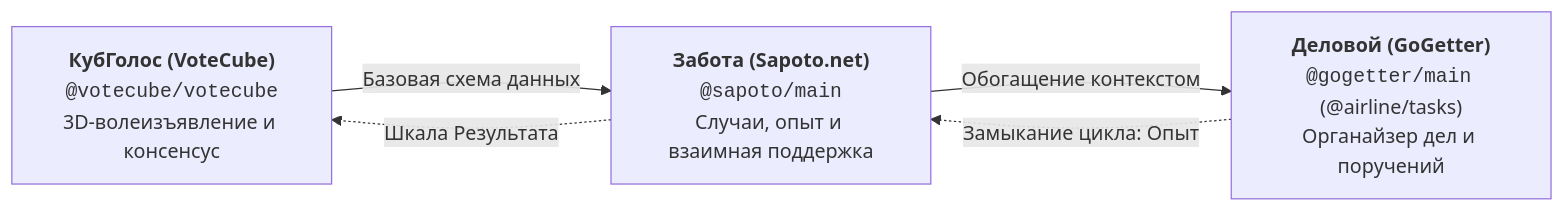
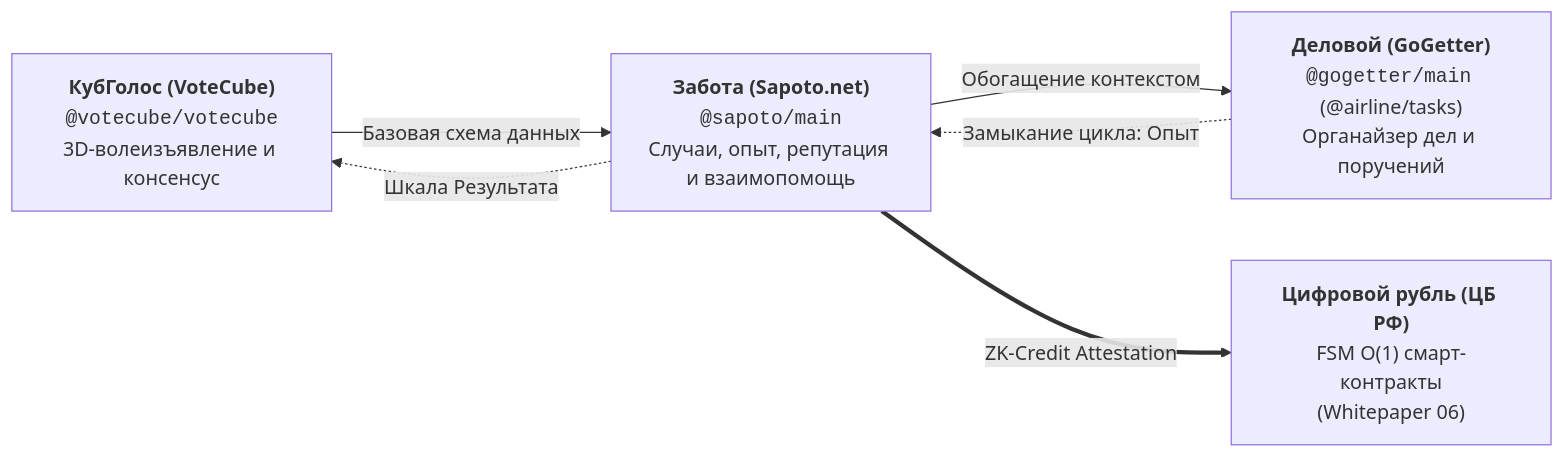
One commit to Data-Independence-Network/presentations changed the first of 2 diagrams in shared_docs/whitepapers/applications/README.md. Above: the diagram before and after it, drawn with Mermaid. The commit also changed other lines of this file and 23 other files, not shown here.

````diff
--- a/shared_docs/whitepapers/applications/README.md
+++ b/shared_docs/whitepapers/applications/README.md
@@ -14,11 +14,13 @@
 ```mermaid
 graph LR
     VC["<b>КубГолос (VoteCube)</b><br/><code>@votecube/votecube</code><br/>3D-волеизъявление и консенсус"]
-    SAP["<b>Забота (Sapoto.net)</b><br/><code>@sapoto/main</code><br/>Случаи, опыт и взаимная поддержка"]
+    SAP["<b>Забота (Sapoto.net)</b><br/><code>@sapoto/main</code><br/>Случаи, опыт, репутация и взаимопомощь"]
     GG["<b>Деловой (GoGetter)</b><br/><code>@gogetter/main</code> (@airline/tasks)<br/>Органайзер дел и поручений"]
+    CBR["<b>Цифровой рубль (ЦБ РФ)</b><br/>FSM O(1) смарт-контракты<br/>(Whitepaper 06)"]
 
     VC -->|Базовая схема данных| SAP
     SAP -->|Обогащение контекстом| GG
     GG -.->|Замыкание цикла: Опыт| SAP
     SAP -.->|Шкала Результата| VC
+    SAP ==>|ZK-Credit Attestation| CBR
 ```
````
